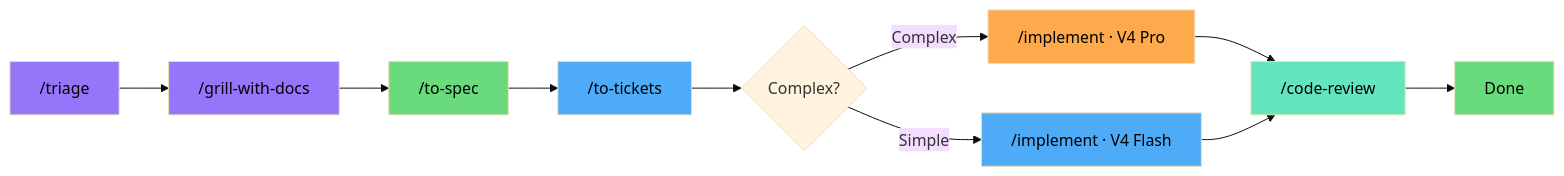
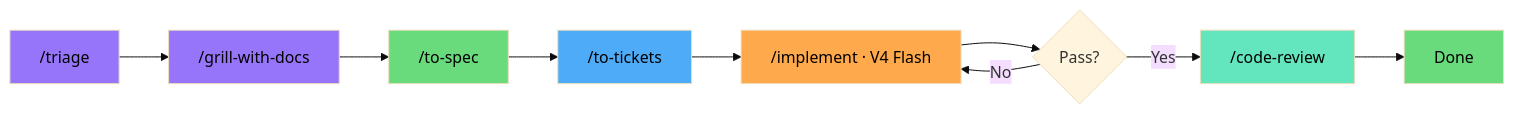
One commit to elisharkray1030/ai-coding-workflow changed the seventh of 12 diagrams in README.md. Above: the diagram before and after it, drawn with Mermaid (base theme). The commit also changed other lines of this file, not shown here.

Commit message:
0731: v4 flash default for all stages, max-effort escalation; bug fix flow diagnose -> review -> discuss -> implement

````diff
--- a/README.md
+++ b/README.md
@@ -229,27 +228,26 @@
 ```mermaid
 graph LR
     TR[ /triage] --> IN[ /grill-with-docs]
     IN --> SP[ /to-spec]
     SP --> TK[ /to-tickets]
-    TK --> D{Complex?}
-    D -->|Complex| IC[ /implement · V4 Pro]
-    D -->|Simple| IS[ /implement · V4 Flash]
-    IC --> CR[ /code-review]
-    IS --> CR
+    TK --> IM[ /implement · V4 Flash]
+    IM --> Q{Pass?}
+    Q -->|Yes| CR[ /code-review]
+    Q -->|No| IM
     CR --> DN[Done]
 
     classDef purple fill:#9775fa,color:#000
     classDef green fill:#69db7c,color:#000
     classDef blue fill:#4dabf7,color:#000
     classDef orange fill:#ffa94d,color:#000
     classDef teal fill:#63e6be,color:#000
     classDef yellow fill:#fcc419,color:#000
     classDef red fill:#ff8787,color:#000
 
     class TR,IN purple
     class SP green
-    class TK,IS blue
-    class IC orange
+    class TK blue
+    class IM orange
     class CR teal
     class DN green
 ```
````
